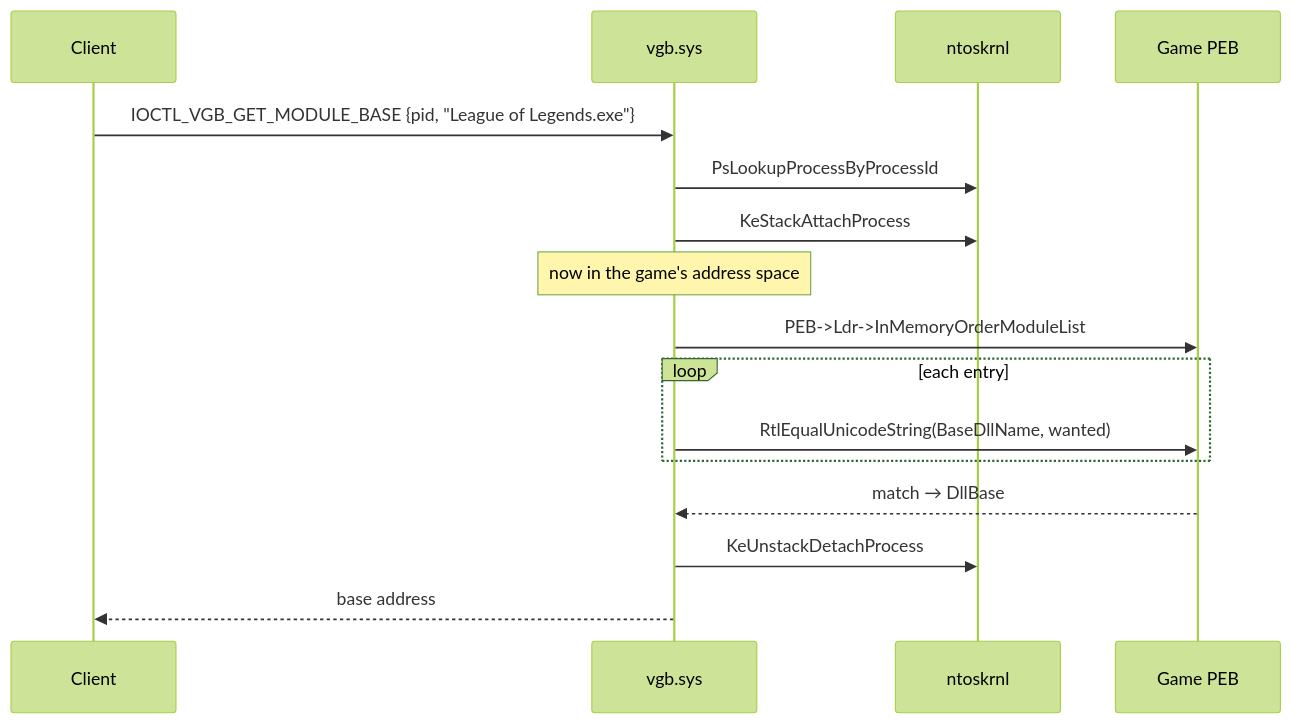
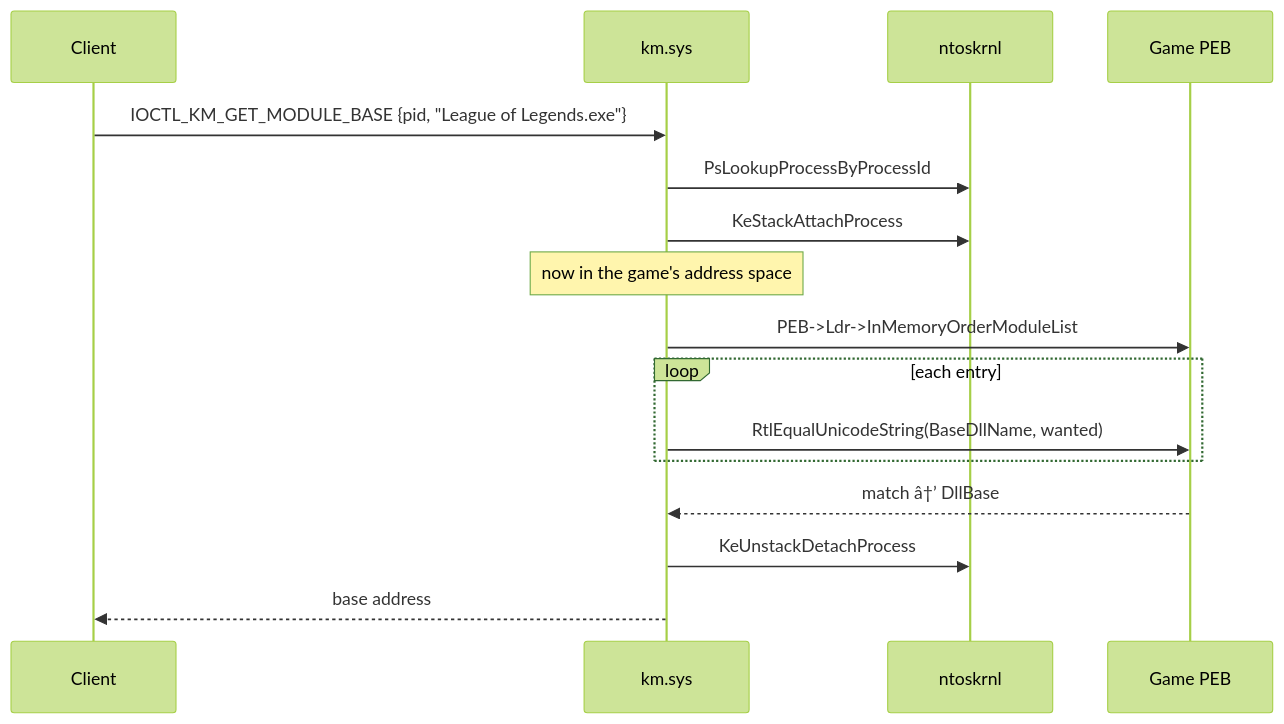
The fourth of 7 diagrams in docs/component-flows.md (0xMALVEE/kernmem), drawn with Mermaid (forest theme) before and after one commit. The commit also changed other lines of this file and 919 other files, not shown here.

````diff
--- a/docs/component-flows.md
+++ b/docs/component-flows.md
@@ -121,19 +121,19 @@
 ```mermaid
 sequenceDiagram
     participant C as Client
-    participant D as vgb.sys
+    participant D as km.sys
     participant K as ntoskrnl
     participant P as Game PEB
 
-    C->>D: IOCTL_VGB_GET_MODULE_BASE {pid, "League of Legends.exe"}
+    C->>D: IOCTL_KM_GET_MODULE_BASE {pid, "League of Legends.exe"}
     D->>K: PsLookupProcessByProcessId
     D->>K: KeStackAttachProcess
     Note over D: now in the game's address space
     D->>P: PEB->Ldr->InMemoryOrderModuleList
     loop each entry
         D->>P: RtlEqualUnicodeString(BaseDllName, wanted)
     end
-    P-->>D: match → DllBase
+    P-->>D: match â†’ DllBase
     D->>K: KeUnstackDetachProcess
     D-->>C: base address
 ```
````
